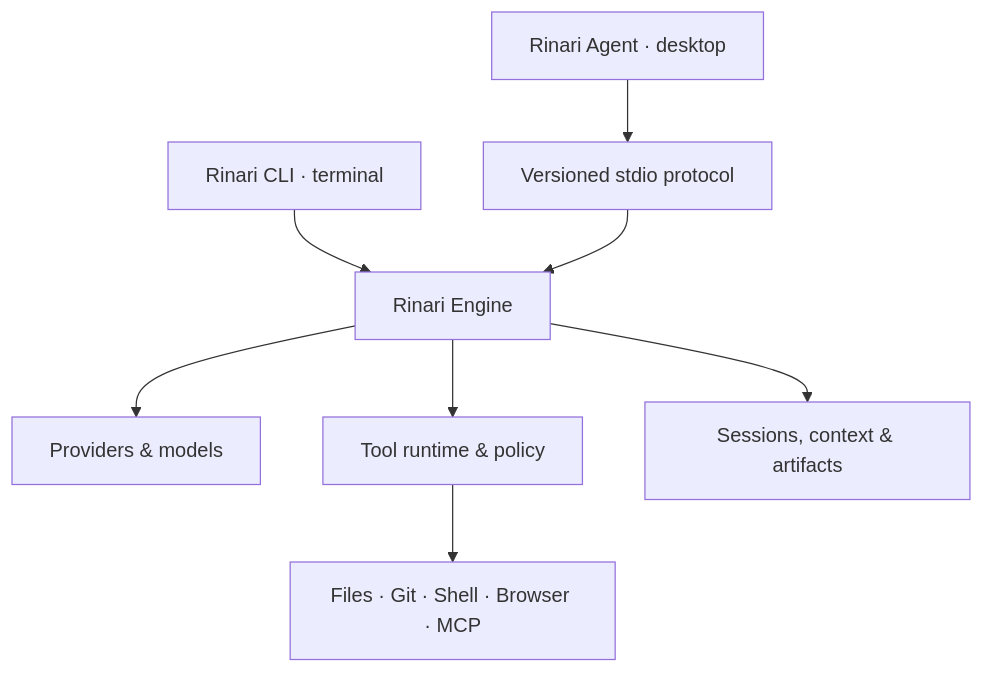
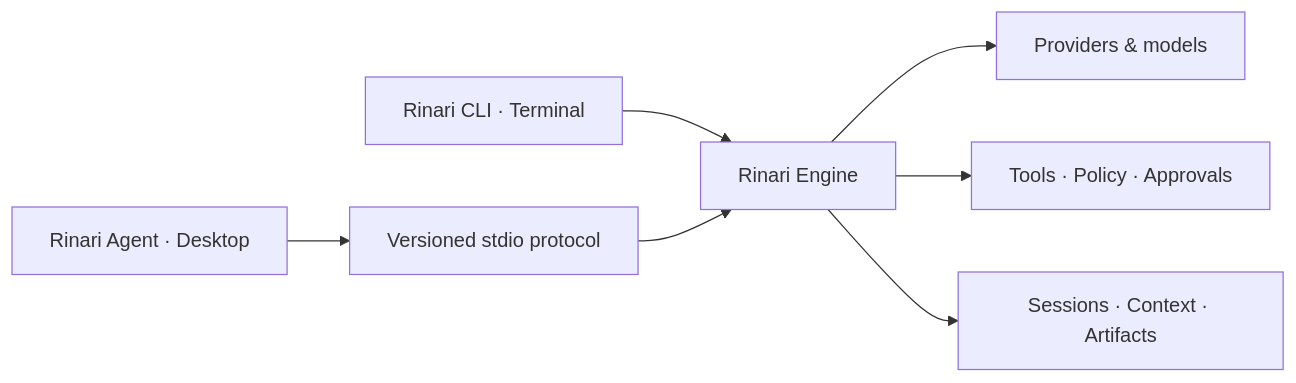
One commit to Xainner/Rinari-CLI changed the diagram in README.md. Above: the diagram before and after it, drawn with Mermaid. The commit also changed other lines of this file and 3 other files, not shown here.

Commit message:
docs: redesign CLI README and add editorial Rinari artwork

````diff
--- a/README.md
+++ b/README.md
@@ -96,10 +141,9 @@
 ```mermaid
-flowchart TD
-    CLI["Rinari CLI · terminal"] --> Engine["Rinari Engine"]
-    Code["Rinari Agent · desktop"] --> Protocol["Versioned stdio protocol"]
+flowchart LR
+    CLI["Rinari CLI · Terminal"] --> Engine["Rinari Engine"]
+    Desktop["Rinari Agent · Desktop"] --> Protocol["Versioned stdio protocol"]
     Protocol --> Engine
     Engine --> Models["Providers & models"]
-    Engine --> Runtime["Tool runtime & policy"]
-    Engine --> State["Sessions, context & artifacts"]
-    Runtime --> Tools["Files · Git · Shell · Browser · MCP"]
+    Engine --> Tools["Tools · Policy · Approvals"]
+    Engine --> State["Sessions · Context · Artifacts"]
 ```
````
